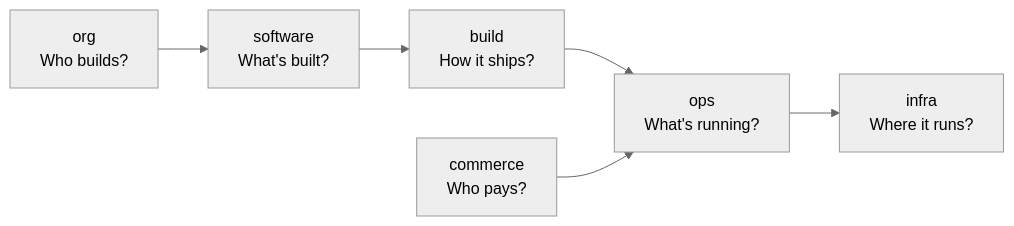
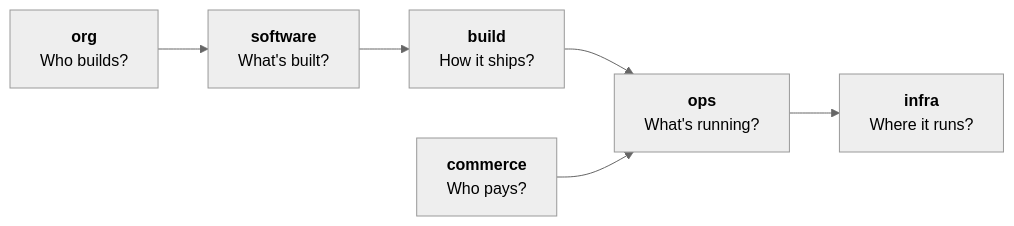
One commit to nksaraf/factory changed the diagram in docs/getting-started/what-is-factory.md. Above: the diagram before and after it, drawn with Mermaid (neutral theme). The commit also changed 129 other files, not shown here.

````diff
--- a/docs/getting-started/what-is-factory.md
+++ b/docs/getting-started/what-is-factory.md
@@ -9,15 +9,15 @@
 ```mermaid
 graph LR
-    org["org\nWho builds?"]
-    software["software\nWhat's built?"]
-    infra["infra\nWhere it runs?"]
-    ops["ops\nWhat's running?"]
-    build["build\nHow it ships?"]
-    commerce["commerce\nWho pays?"]
+    org["<b>org</b><br/>Who builds?"]
+    software["<b>software</b><br/>What's built?"]
+    infra["<b>infra</b><br/>Where it runs?"]
+    ops["<b>ops</b><br/>What's running?"]
+    build["<b>build</b><br/>How it ships?"]
+    commerce["<b>commerce</b><br/>Who pays?"]
 
     org --> software
     software --> build
     build --> ops
     ops --> infra
     commerce --> ops
 ```
````
